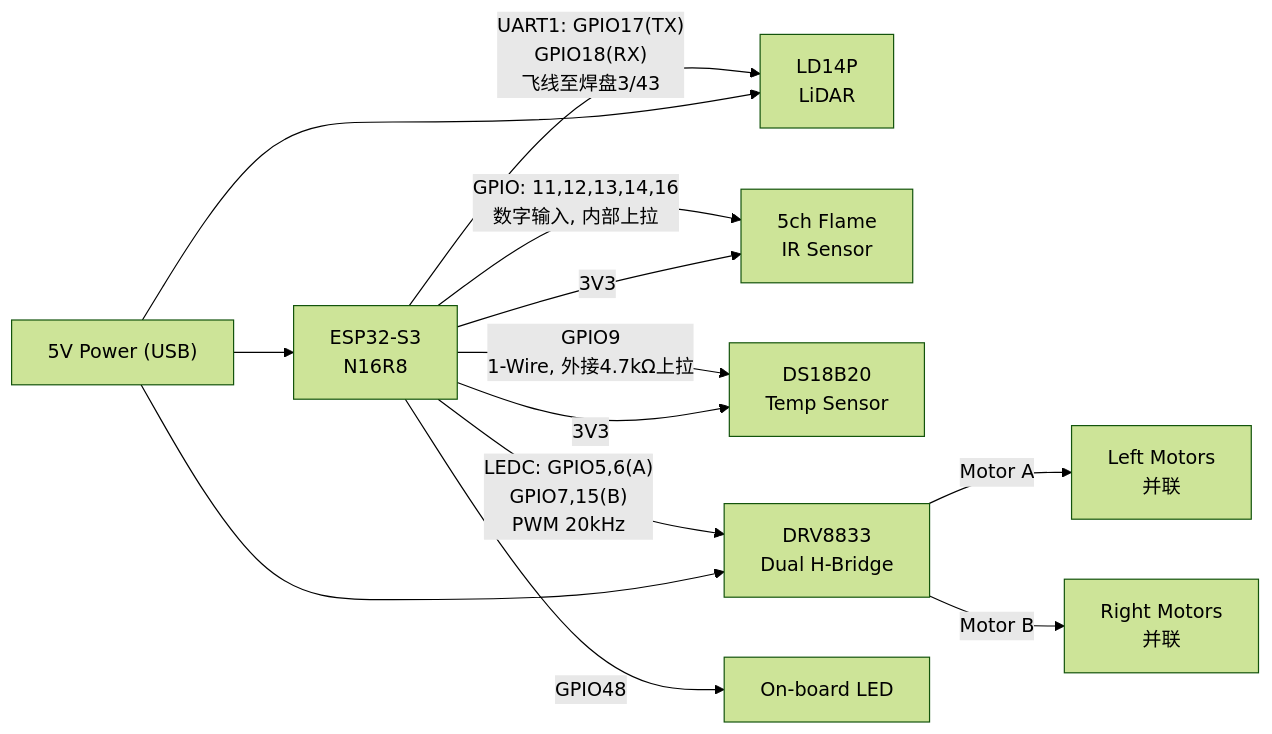
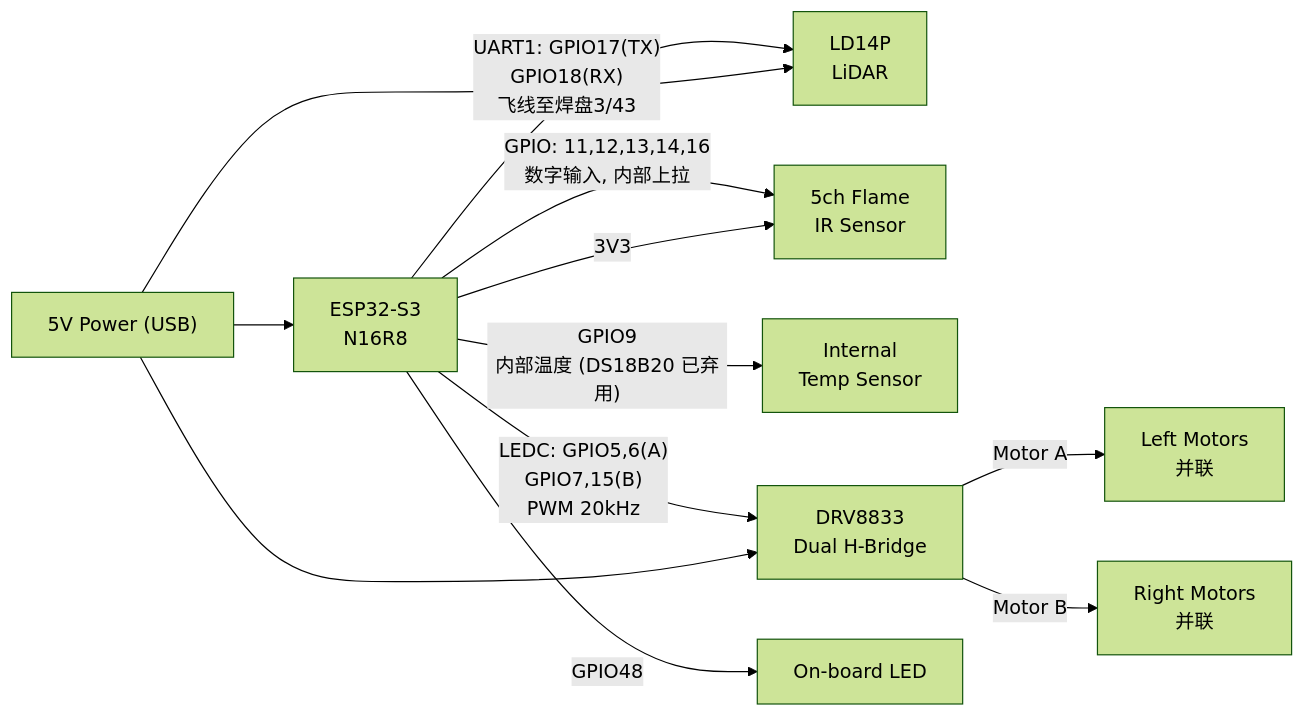
Before and after one commit to axwhizee/TARS: the second of 2 diagrams in README.md, drawn with Mermaid (forest theme). The commit also changed other lines of this file and 8 other files, not shown here.

Commit message:
功能：添加手动/自动模式切换功能，手动模式下可以拖动雷达图摇杆直接发送cmd流，用以控制小车行进

````diff
--- a/README.md
+++ b/README.md
@@ -128,19 +129,18 @@
 ```mermaid
 graph LR
     MCU["ESP32-S3<br/>N16R8"]
 
     MCU -->|"UART1: GPIO17(TX)<br/>GPIO18(RX)<br/>飞线至焊盘3/43"| LD14P["LD14P<br/>LiDAR"]
     MCU -->|"GPIO: 11,12,13,14,16<br/>数字输入, 内部上拉"| FLAME["5ch Flame<br/>IR Sensor"]
-    MCU -->|"GPIO9<br/>1-Wire, 外接4.7kΩ上拉"| DS18B20["DS18B20<br/>Temp Sensor"]
+    MCU -->|"GPIO9<br/>内部温度 (DS18B20 已弃用)"| TSENS["Internal<br/>Temp Sensor"]
     MCU -->|"LEDC: GPIO5,6(A)<br/>GPIO7,15(B)<br/>PWM 20kHz"| DRV8833["DRV8833<br/>Dual H-Bridge"]
     MCU -->|"GPIO48"| LED["On-board LED"]
 
     DRV8833 -->|"Motor A"| ML["Left Motors<br/>并联"]
     DRV8833 -->|"Motor B"| MR["Right Motors<br/>并联"]
 
     PWR5V["5V Power (USB)"] --> MCU
     PWR5V["5V Power (USB)"] --> DRV8833
     PWR5V --> LD14P
     MCU -->|"3V3"| FLAME
-    MCU -->|"3V3"| DS18B20
 ```
````
